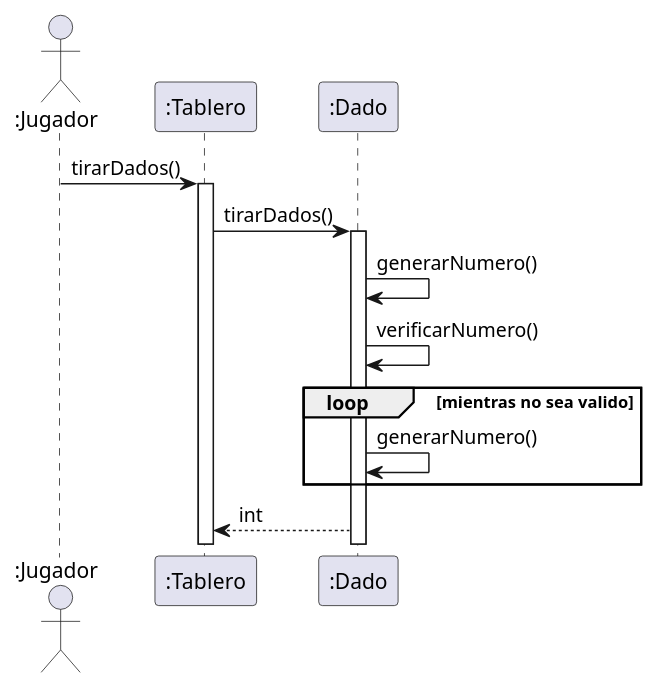
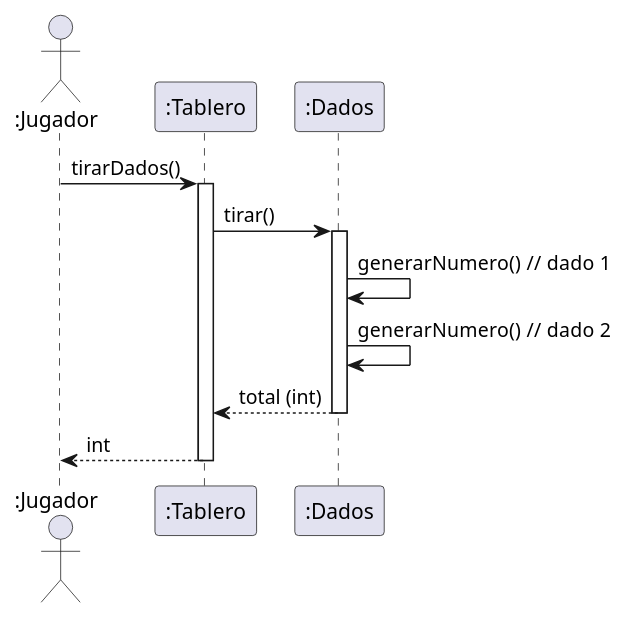
The diagram in diagrams/ENTREGA N°1/sequences/Tp2_Diagrama_Secuencia_3_verificar_dado_este_entre_2_12.plantuml (MaurizioG28/algo3_proyecto_base_tp2), drawn with PlantUML before and after one commit. The commit also changed 1 other file, not shown here.

```diff
--- a/diagrams/ENTREGA N°1/sequences/Tp2_Diagrama_Secuencia_3_verificar_dado_este_entre_2_12.plantuml
+++ b/diagrams/ENTREGA N°1/sequences/Tp2_Diagrama_Secuencia_3_verificar_dado_este_entre_2_12.plantuml
@@ -1,19 +1,21 @@
 @startuml
 actor ":Jugador" as jugador
 participant ":Tablero" as tablero
-participant ":Dado" as dado
+participant ":Dados" as dados
 
 jugador -> tablero: tirarDados()
 activate tablero
 
-tablero -> dado: tirarDados()
-activate dado
-dado -> dado : generarNumero()
-dado -> dado : verificarNumero()
+tablero -> dados: tirar()
+activate dados
 
-loop mientras no sea valido
-        dado -> dado: generarNumero()
-end
-dado --> tablero:int
+dados -> dados: generarNumero()  // dado 1
+dados -> dados: generarNumero()  // dado 2
+
+dados --> tablero: total (int)
+deactivate dados
+
+tablero --> jugador: int
+deactivate tablero
 
 @enduml
```
